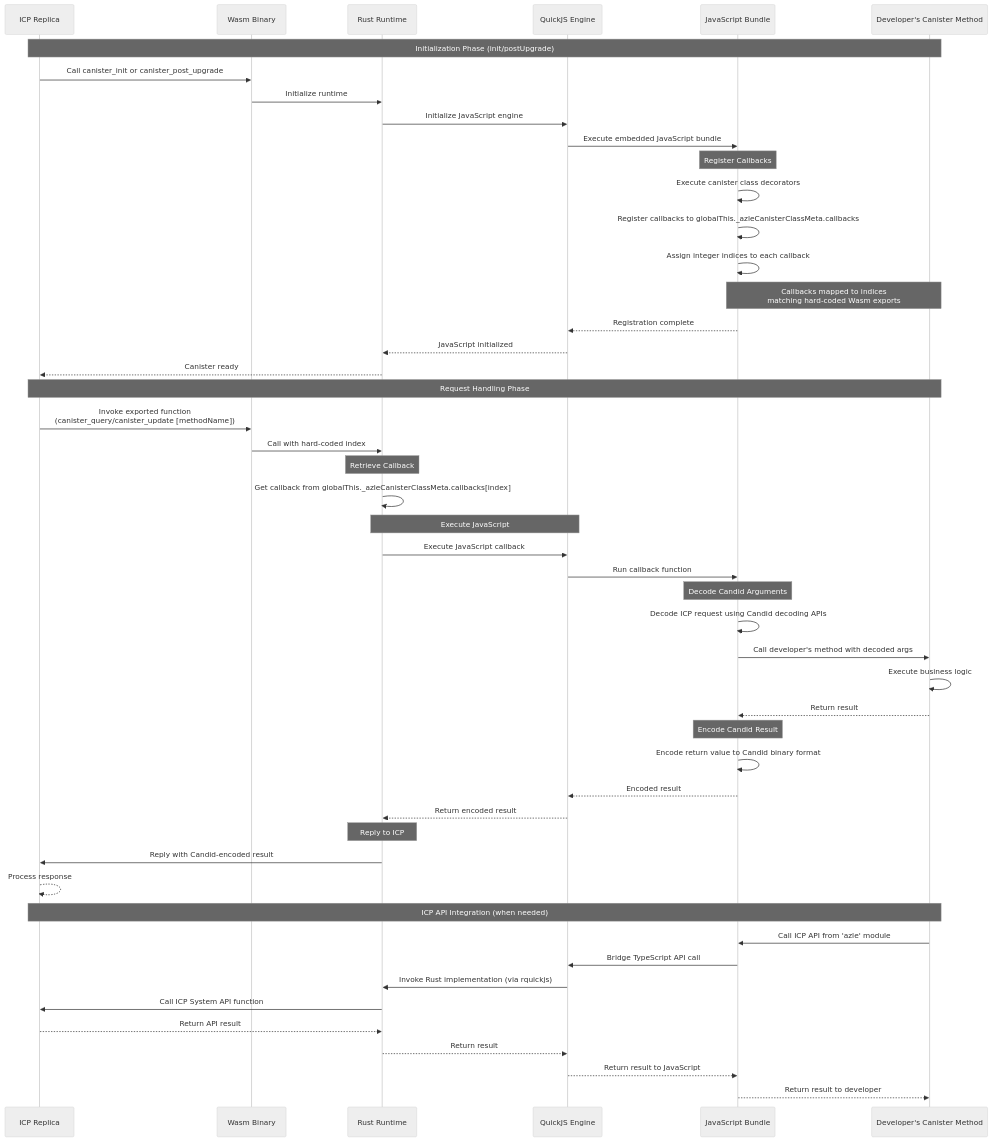
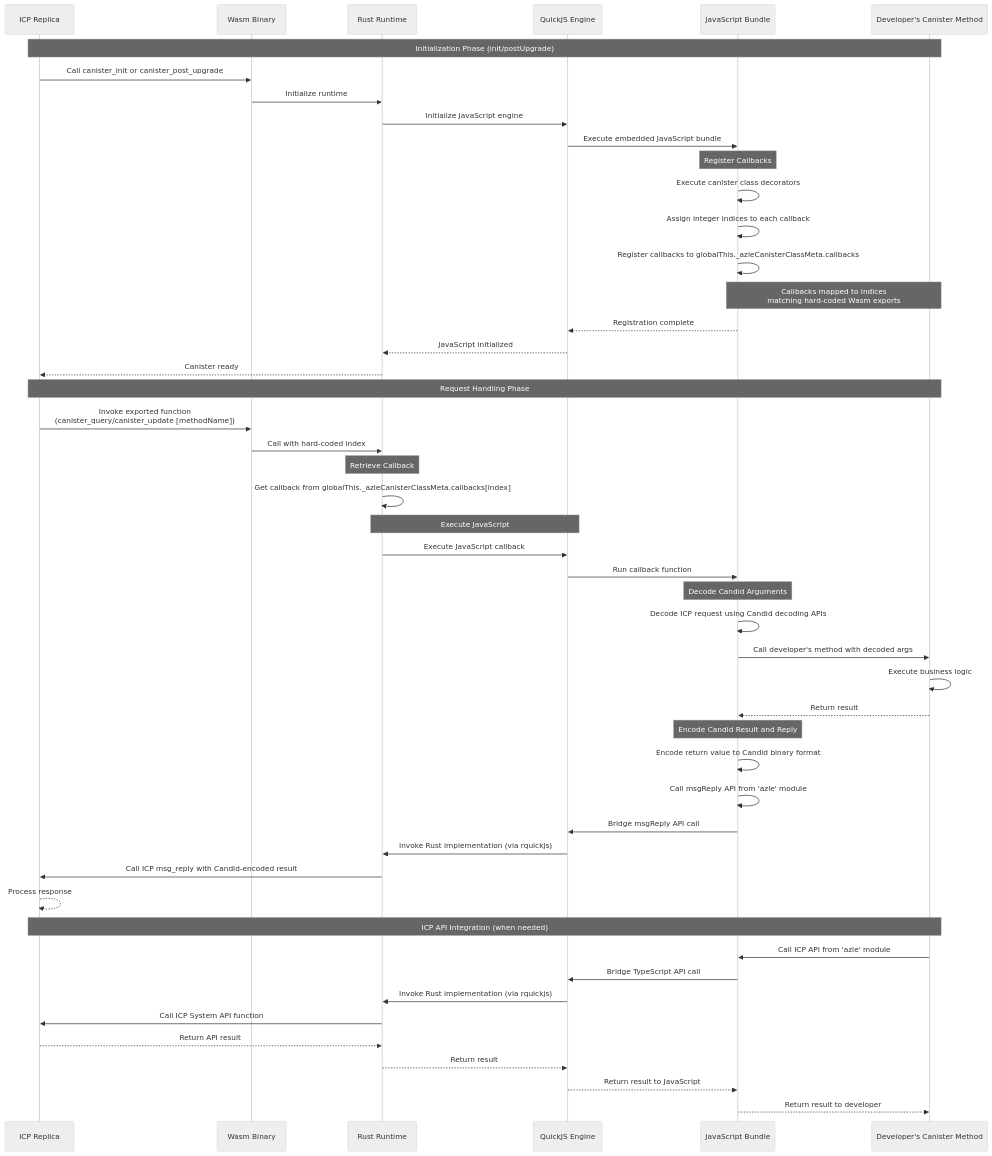
Before and after one commit to demergent-labs/azle: the diagram in contributing/architecture/runtime_library_sequence.md, drawn with Mermaid (neutral theme). The commit also changed 3 other files, not shown here.

Commit message:
Azle architecture documents complete

````diff
--- a/contributing/architecture/runtime_library_sequence.md
+++ b/contributing/architecture/runtime_library_sequence.md
@@ -3,67 +3,65 @@
 ```mermaid
 sequenceDiagram
     participant ICP as ICP Replica
     participant Wasm as Wasm Binary
     participant Rust as Rust Runtime
     participant QuickJS as QuickJS Engine
     participant JS as JavaScript Bundle
     participant DevCode as Developer's Canister Method
 
     Note over ICP,DevCode: Initialization Phase (init/postUpgrade)
 
     ICP->>Wasm: Call canister_init or canister_post_upgrade
     Wasm->>Rust: Initialize runtime
     Rust->>QuickJS: Initialize JavaScript engine
     QuickJS->>JS: Execute embedded JavaScript bundle
 
     Note over JS: Register Callbacks
     JS->>JS: Execute canister class decorators
+    JS->>JS: Assign integer indices to each callback
     JS->>JS: Register callbacks to globalThis._azleCanisterClassMeta.callbacks
-    JS->>JS: Assign integer indices to each callback
 
     Note over JS,DevCode: Callbacks mapped to indices<br/>matching hard-coded Wasm exports
 
     JS-->>QuickJS: Registration complete
     QuickJS-->>Rust: JavaScript initialized
     Rust-->>ICP: Canister ready
 
     Note over ICP,DevCode: Request Handling Phase
 
     ICP->>Wasm: Invoke exported function<br/>(canister_query/canister_update [methodName])
     Wasm->>Rust: Call with hard-coded index
 
     Note over Rust: Retrieve Callback
     Rust->>Rust: Get callback from globalThis._azleCanisterClassMeta.callbacks[index]
 
     Note over Rust,QuickJS: Execute JavaScript
     Rust->>QuickJS: Execute JavaScript callback
     QuickJS->>JS: Run callback function
 
     Note over JS: Decode Candid Arguments
     JS->>JS: Decode ICP request using Candid decoding APIs
 
     JS->>DevCode: Call developer's method with decoded args
     DevCode->>DevCode: Execute business logic
     DevCode-->>JS: Return result
 
-    Note over JS: Encode Candid Result
+    Note over JS: Encode Candid Result and Reply
     JS->>JS: Encode return value to Candid binary format
-
-    JS-->>QuickJS: Encoded result
-    QuickJS-->>Rust: Return encoded result
-
-    Note over Rust: Reply to ICP
-    Rust->>ICP: Reply with Candid-encoded result
+    JS->>JS: Call msgReply API from 'azle' module
+    JS->>QuickJS: Bridge msgReply API call
+    QuickJS->>Rust: Invoke Rust implementation (via rquickjs)
+    Rust->>ICP: Call ICP msg_reply with Candid-encoded result
     ICP-->>ICP: Process response
 
     Note over ICP,DevCode: ICP API Integration (when needed)
 
     DevCode->>JS: Call ICP API from 'azle' module
     JS->>QuickJS: Bridge TypeScript API call
     QuickJS->>Rust: Invoke Rust implementation (via rquickjs)
     Rust->>ICP: Call ICP System API function
     ICP-->>Rust: Return API result
     Rust-->>QuickJS: Return result
     QuickJS-->>JS: Return result to JavaScript
     JS-->>DevCode: Return result to developer
 ```
````
